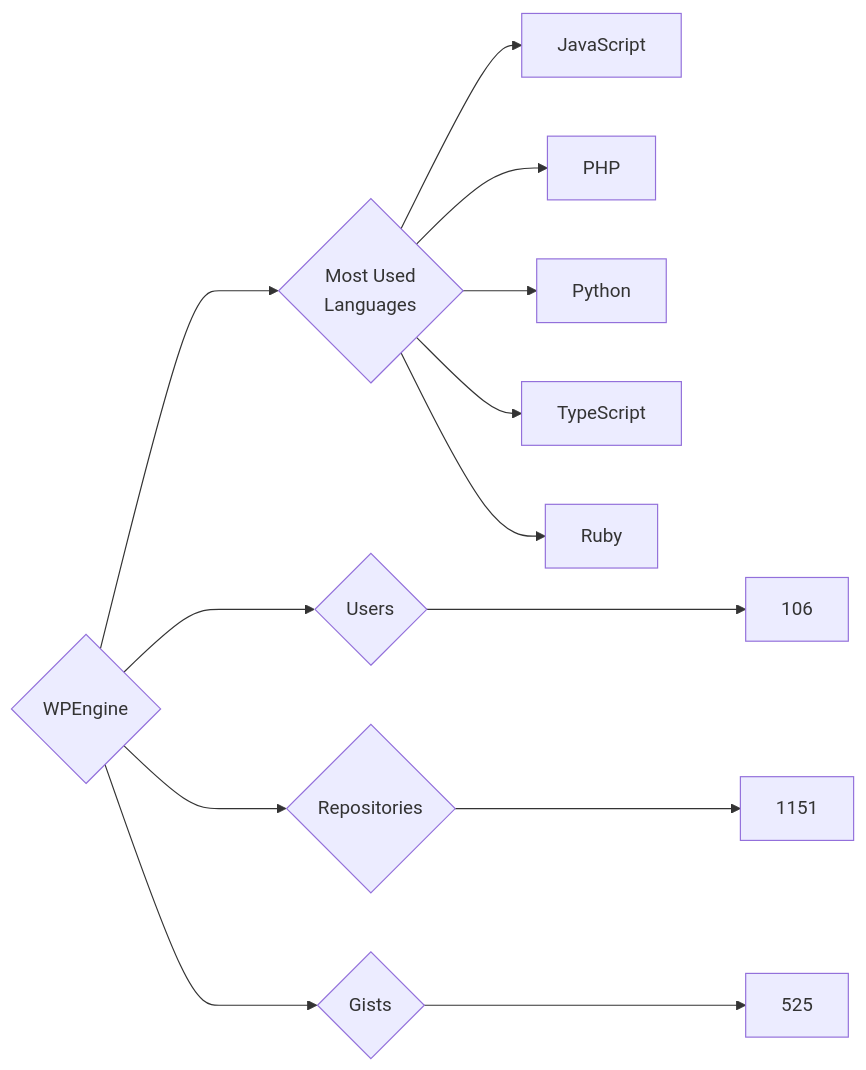
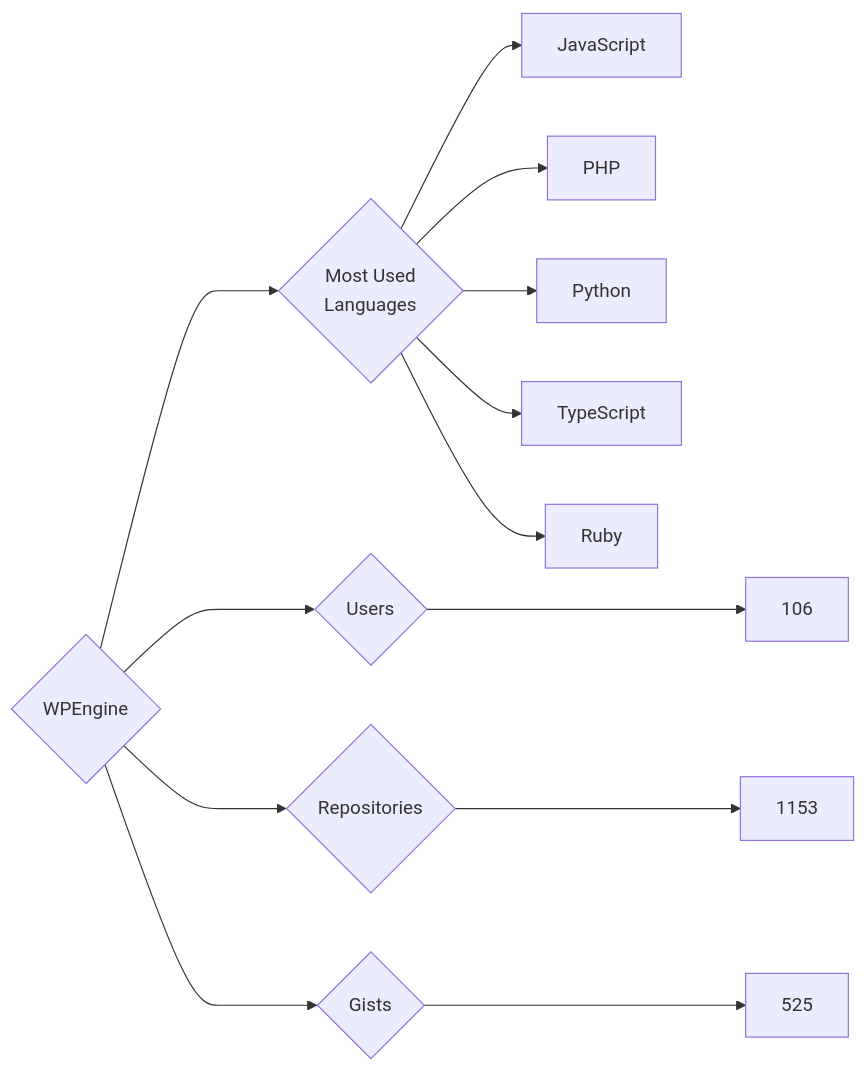
One commit to trickest/insiders changed the diagram in targets/WPEngine/README.md. Above: the diagram before and after it, drawn with Mermaid. The commit also changed 955 other files, not shown here.

````diff
--- a/targets/WPEngine/README.md
+++ b/targets/WPEngine/README.md
@@ -3,13 +3,13 @@
 ```mermaid
 graph LR
 COMPANY_NAME{WPEngine}
 COMPANY_NAME ---> U{Users} ---> UN[106]
-COMPANY_NAME ---> R{Repositories} ---> RN[1151]
+COMPANY_NAME ---> R{Repositories} ---> RN[1153]
 COMPANY_NAME ---> G{Gists} ---> GN[525]
 COMPANY_NAME ---> ML{Most Used<br>Languages}
 ML --> JavaScript[JavaScript]
 ML --> PHP[PHP]
 ML --> Python[Python]
 ML --> TypeScript[TypeScript]
 ML --> Ruby[Ruby]
 ```
````
